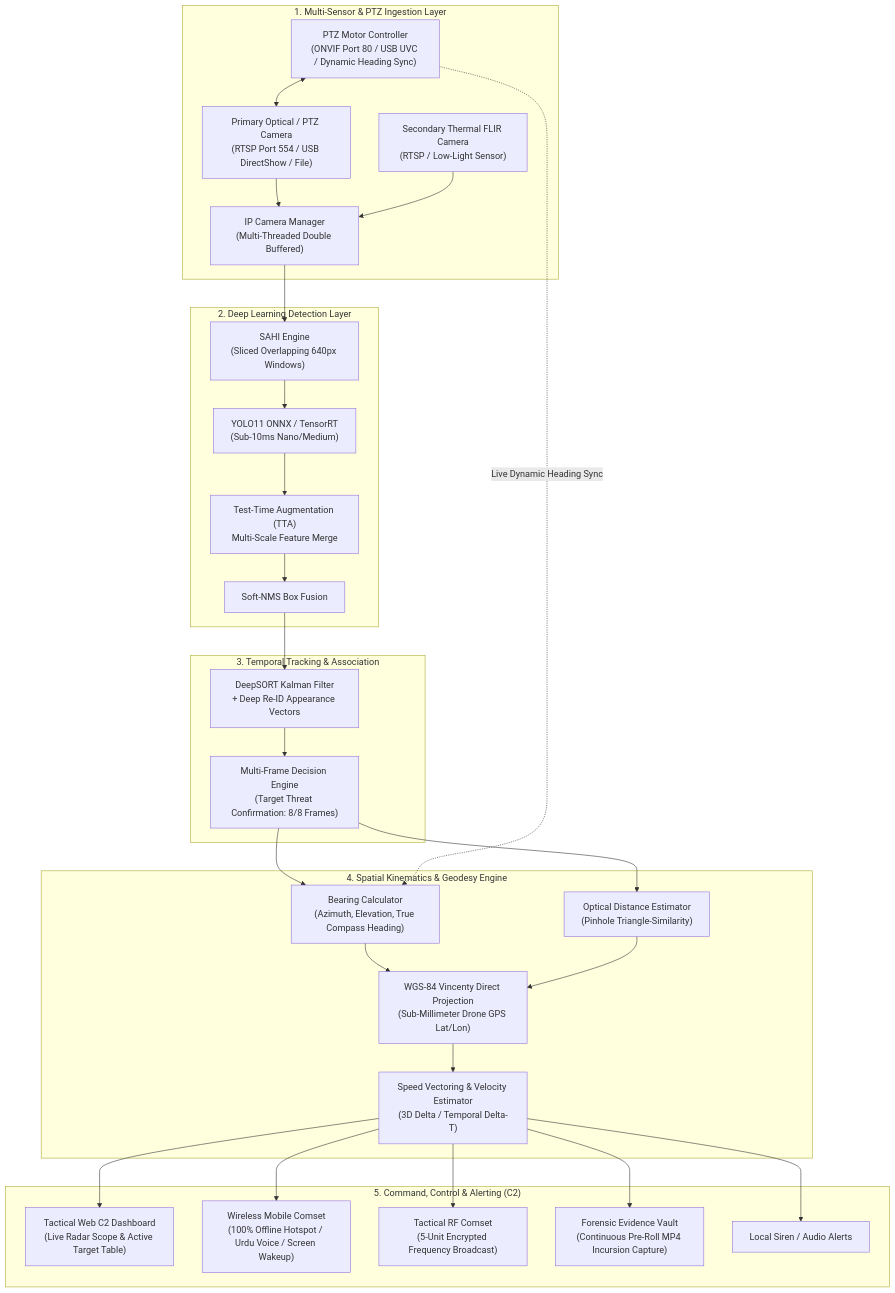
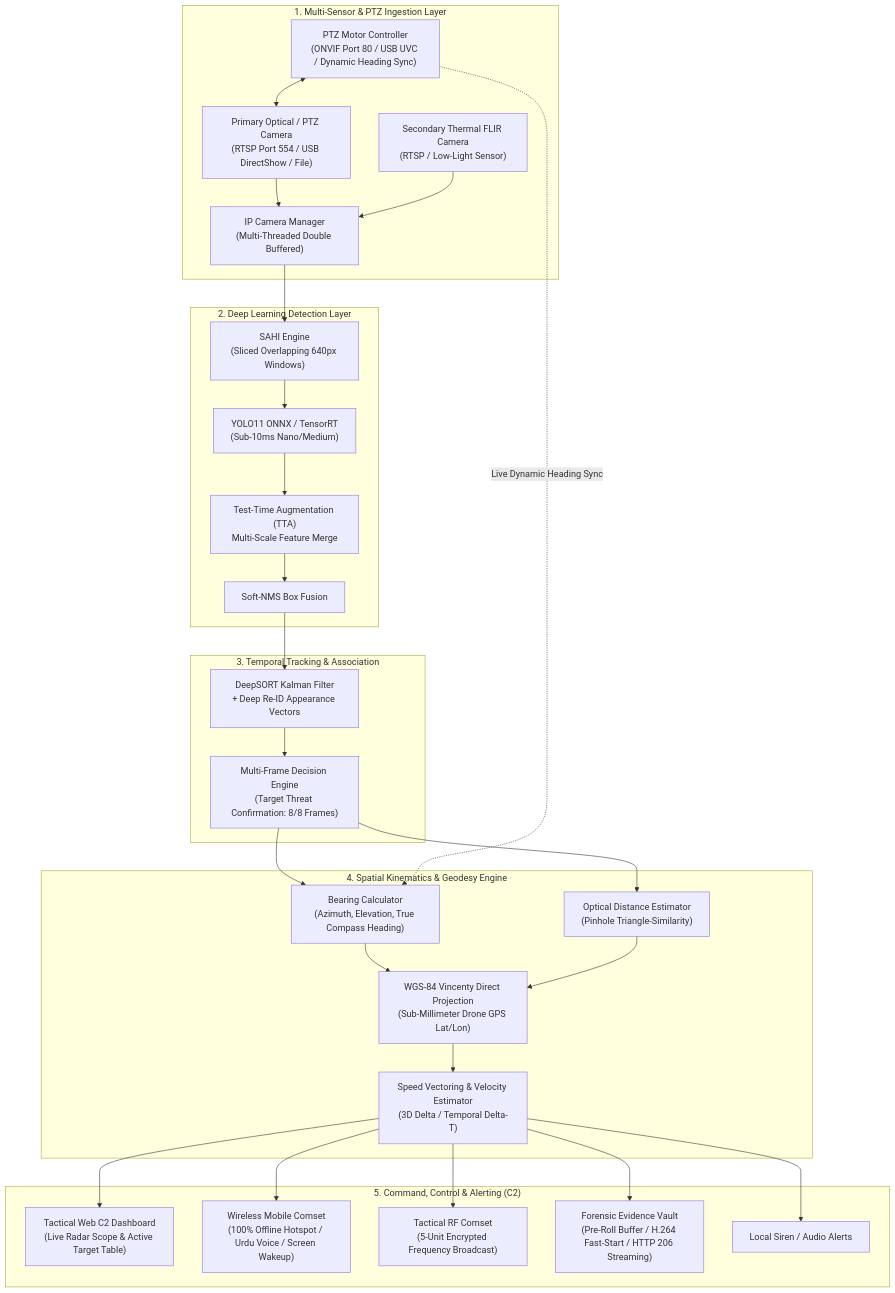
One commit to ShakeelRana624/anti-drone-telemetry-defense-system changed the diagram in README.md. Above: the diagram before and after it, drawn with Mermaid. The commit also changed other lines of this file and 7 other files, not shown here.

Commit message:
feat: add H.264 faststart transcode, HTTP 206 streaming for evidence videos, and update README

````diff
--- a/README.md
+++ b/README.md
@@ -38,40 +38,40 @@
 ```mermaid
 graph TD
     subgraph SENSORS ["1. Multi-Sensor & PTZ Ingestion Layer"]
         CAM1["Primary Optical / PTZ Camera<br/>(RTSP Port 554 / USB DirectShow / File)"]
         CAM2["Secondary Thermal FLIR Camera<br/>(RTSP / Low-Light Sensor)"]
         PTZC["PTZ Motor Controller<br/>(ONVIF Port 80 / USB UVC / Dynamic Heading Sync)"]
         IMGR["IP Camera Manager<br/>(Multi-Threaded Double Buffered)"]
         CAM1 --> IMGR
         CAM2 --> IMGR
         PTZC <--> CAM1
     end
 
     subgraph INFERENCE ["2. Deep Learning Detection Layer"]
         IMGR --> SAHI["SAHI Engine<br/>(Sliced Overlapping 640px Windows)"]
         SAHI --> YOLO["YOLO11 ONNX / TensorRT<br/>(Sub-10ms Nano/Medium)"]
         YOLO --> TTA["Test-Time Augmentation (TTA)<br/>Multi-Scale Feature Merge"]
         TTA --> NMS["Soft-NMS Box Fusion"]
     end
 
     subgraph TRACKING ["3. Temporal Tracking & Association"]
         NMS --> DS["DeepSORT Kalman Filter<br/>+ Deep Re-ID Appearance Vectors"]
         DS --> DE["Multi-Frame Decision Engine<br/>(Target Threat Confirmation: 8/8 Frames)"]
     end
 
     subgraph TELEMETRY ["4. Spatial Kinematics & Geodesy Engine"]
         DE --> BC["Bearing Calculator<br/>(Azimuth, Elevation, True Compass Heading)"]
         DE --> DIST["Optical Distance Estimator<br/>(Pinhole Triangle-Similarity)"]
         BC & DIST --> GPS["WGS-84 Vincenty Direct Projection<br/>(Sub-Millimeter Drone GPS Lat/Lon)"]
         GPS --> VEC["Speed Vectoring & Velocity Estimator<br/>(3D Delta / Temporal Delta-T)"]
         PTZC -.->|Live Dynamic Heading Sync| BC
     end
 
     subgraph C2 ["5. Command, Control & Alerting (C2)"]
         VEC --> DASH["Tactical Web C2 Dashboard<br/>(Live Radar Scope & Active Target Table)"]
         VEC --> MOB["Wireless Mobile Comset<br/>(100% Offline Hotspot / Urdu Voice / Screen Wakeup)"]
         VEC --> RF["Tactical RF Comset<br/>(5-Unit Encrypted Frequency Broadcast)"]
-        VEC --> VAULT["Forensic Evidence Vault<br/>(Continuous Pre-Roll MP4 Incursion Capture)"]
+        VEC --> VAULT["Forensic Evidence Vault<br/>(Pre-Roll Buffer / H.264 Fast-Start / HTTP 206 Streaming)"]
         VEC --> AUD["Local Siren / Audio Alerts"]
     end
 ```
````
